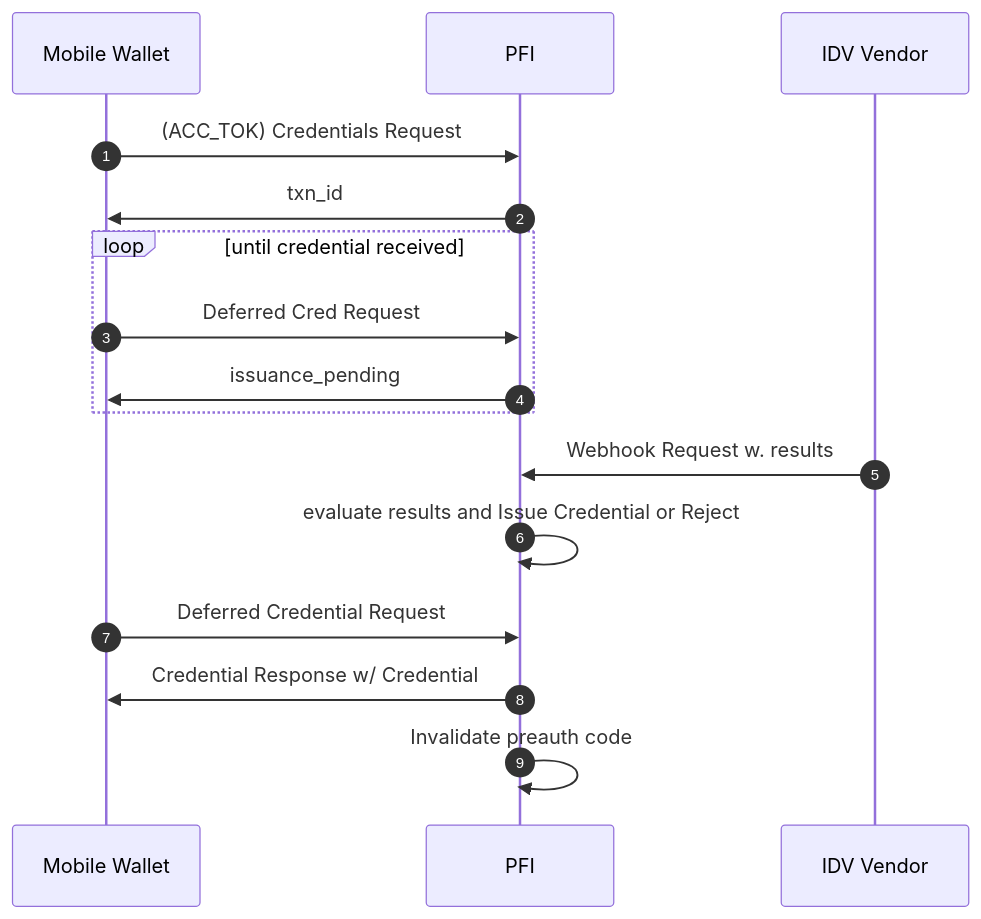
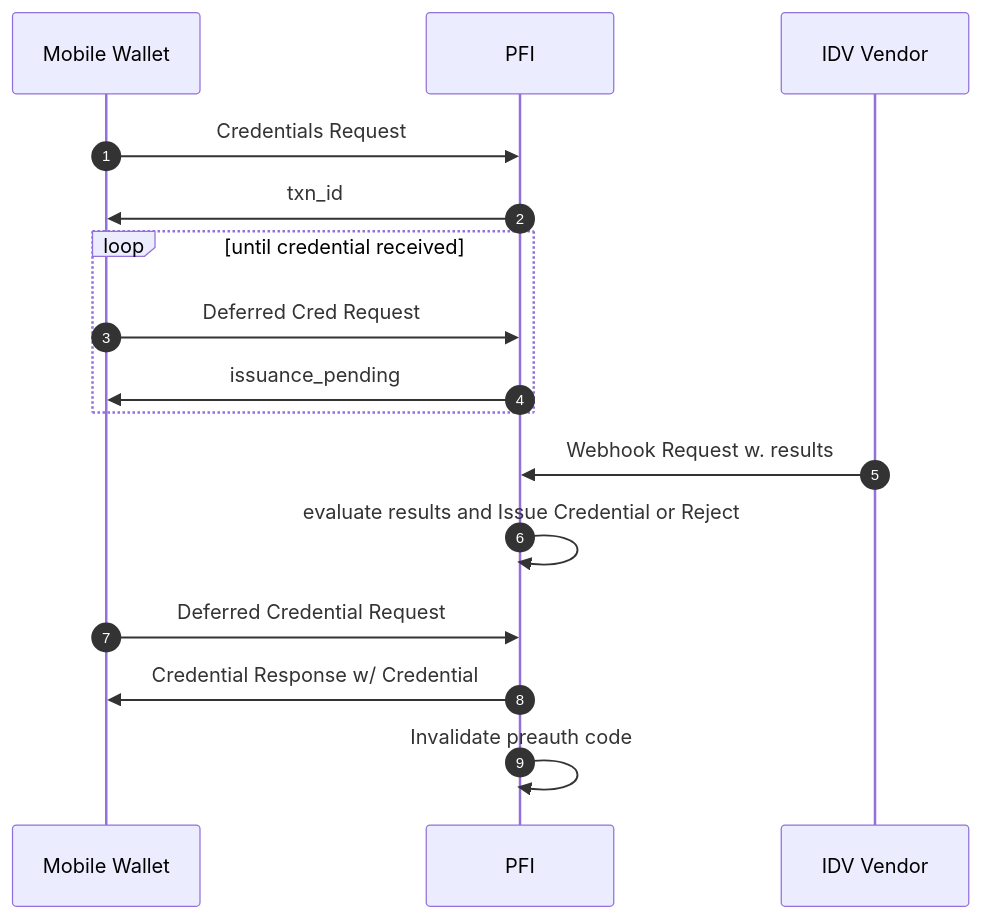
The fifth of 5 diagrams in README.md (TBD54566975/known-customer-credential), drawn with Mermaid before and after one commit. The commit also changed other lines of this file, not shown here.

````diff
--- a/README.md
+++ b/README.md
@@ -542,21 +432,21 @@
 ```mermaid
 sequenceDiagram
 autonumber
 
 participant D as Mobile Wallet
 participant P as PFI
 participant V as IDV Vendor
 
-D->>P: (ACC_TOK) Credentials Request
+D->>P: Credentials Request
 P->>D: txn_id
 
 loop until credential received
     D->>P: Deferred Cred Request
     P->>D: issuance_pending
 end
 V->>P: Webhook Request w. results
 P->>P: evaluate results and Issue Credential or Reject
 D->>P: Deferred Credential Request
 P->>D: Credential Response w/ Credential
 P->>P: Invalidate preauth code
 ```
````
